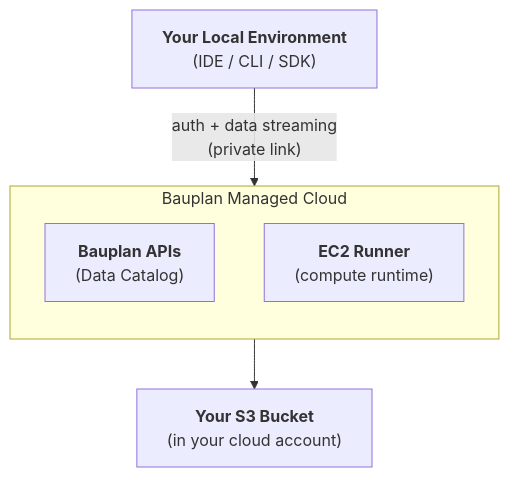
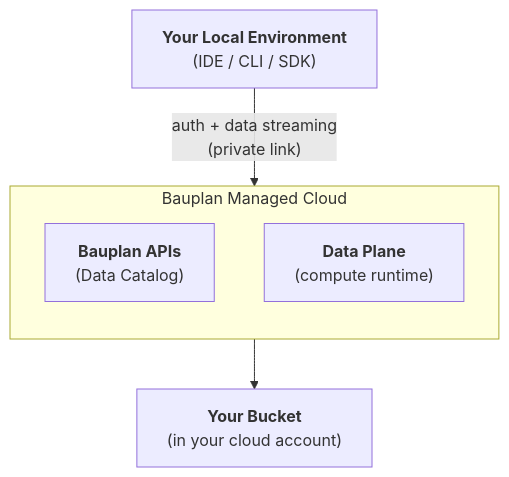
The first of 2 diagrams in docs/pages/overview/deployment.mdx (BauplanLabs/bauplan), drawn with Mermaid before and after one commit. The commit also changed other lines of this file and 26 other files, not shown here.

````diff
--- a/docs/pages/overview/deployment.mdx
+++ b/docs/pages/overview/deployment.mdx
@@ -13,14 +13,14 @@
 ```mermaid
 flowchart TB
     A["<b>Your Local Environment</b><br/>(IDE / CLI / SDK)"]
 
     A -->|"auth + data streaming<br/>(private link)"| B
 
     subgraph B["Bauplan Managed Cloud"]
         direction TB
         C["<b>Bauplan APIs</b><br/>(Data Catalog)"]:::accent
-        D["<b>EC2 Runner</b><br/>(compute runtime)"]:::accent
+        D["<b>Data Plane</b><br/>(compute runtime)"]:::accent
     end
 
-    B --> E["<b>Your S3 Bucket</b><br/>(in your cloud account)"]:::external
+    B --> E["<b>Your Bucket</b><br/>(in your cloud account)"]:::external
 ```
````
